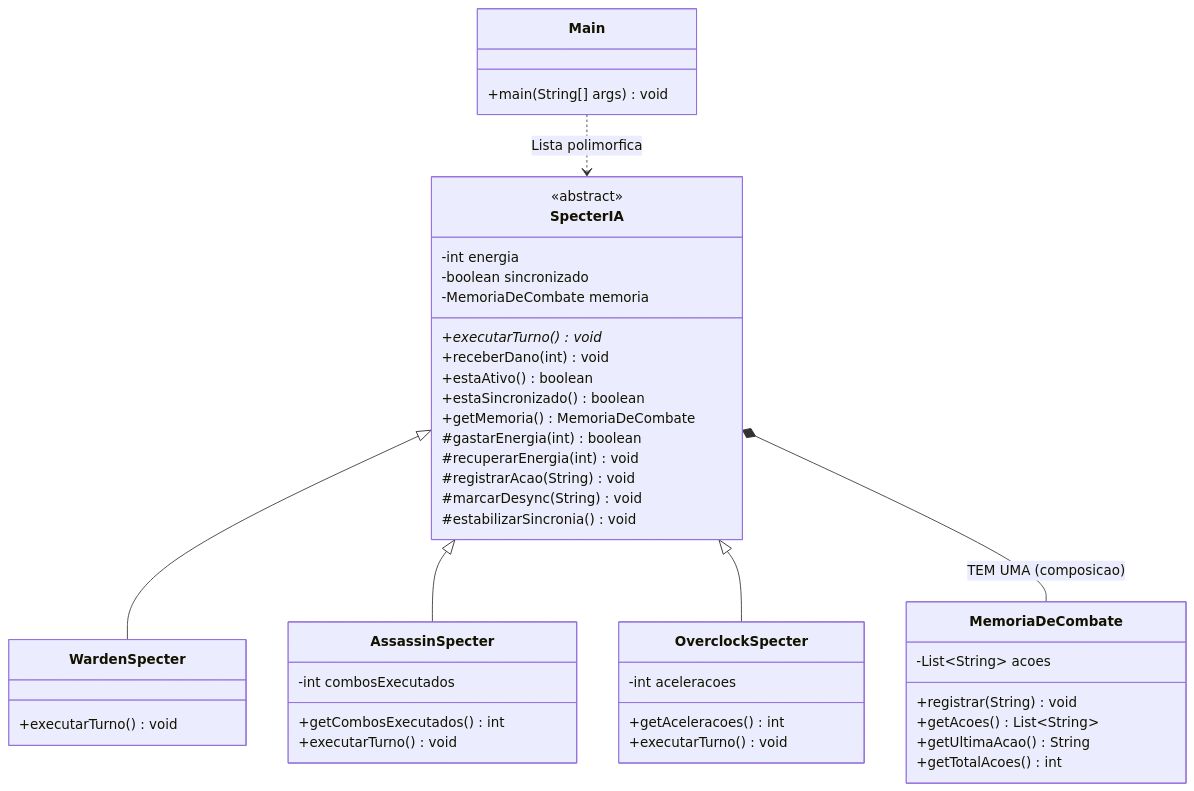
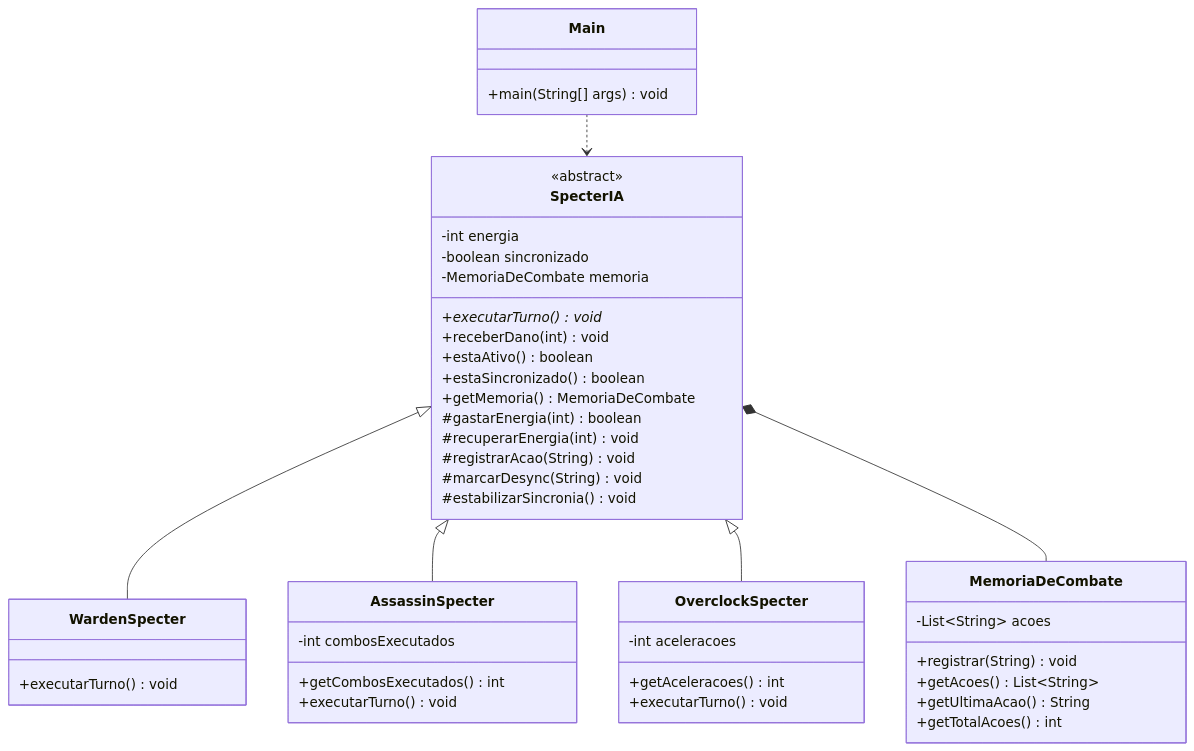
The diagram in README.md (isaacazevedopinheiro/grupoSigma), drawn with Mermaid before and after one commit. The commit also changed other lines of this file, not shown here.

````diff
--- a/README.md
+++ b/README.md
@@ -28,47 +27,53 @@
 ```mermaid
 classDiagram
     class SpecterIA {
         <<abstract>>
         -int energia
         -boolean sincronizado
         -MemoriaDeCombate memoria
         +executarTurno()* void
         +receberDano(int) void
         +estaAtivo() boolean
         +estaSincronizado() boolean
         +getMemoria() MemoriaDeCombate
         #gastarEnergia(int) boolean
         #recuperarEnergia(int) void
         #registrarAcao(String) void
         #marcarDesync(String) void
         #estabilizarSincronia() void
     }
+
     class MemoriaDeCombate {
         -List~String~ acoes
         +registrar(String) void
         +getAcoes() List~String~
         +getUltimaAcao() String
         +getTotalAcoes() int
     }
+
     class WardenSpecter {
         +executarTurno() void
     }
+
     class AssassinSpecter {
         -int combosExecutados
         +getCombosExecutados() int
         +executarTurno() void
     }
+
     class OverclockSpecter {
         -int aceleracoes
         +getAceleracoes() int
         +executarTurno() void
     }
+
     class Main {
         +main(String[] args) void
     }
+
     SpecterIA <|-- WardenSpecter
     SpecterIA <|-- AssassinSpecter
     SpecterIA <|-- OverclockSpecter
-    SpecterIA *-- MemoriaDeCombate : TEM UMA (composicao)
-    Main ..> SpecterIA : Lista polimorfica
+    SpecterIA *-- MemoriaDeCombate
+    Main ..> SpecterIA
 ```
````
